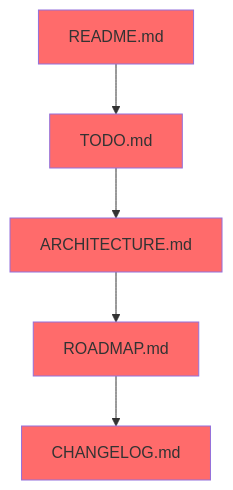
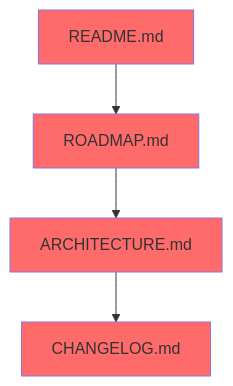
One commit to morning-start/coze-skills changed the first of 4 diagrams in project-wiki/references/guides/document/generation-flow-guide.md. Above: the diagram before and after it, drawn with Mermaid. The commit also changed other lines of this file and 5 other files, not shown here.

````diff
--- a/project-wiki/references/guides/document/generation-flow-guide.md
+++ b/project-wiki/references/guides/document/generation-flow-guide.md
@@ -42,13 +41,11 @@
 ```mermaid
 flowchart TD
-    A[README.md] --> B[TODO.md]
+    A[README.md] --> B[ROADMAP.md]
     B --> C[ARCHITECTURE.md]
-    C --> D[ROADMAP.md]
-    D --> E[CHANGELOG.md]
+    C --> D[CHANGELOG.md]
     
     style A fill:#ff6b6b
     style B fill:#ff6b6b
     style C fill:#ff6b6b
     style D fill:#ff6b6b
-    style E fill:#ff6b6b
 ```
````
